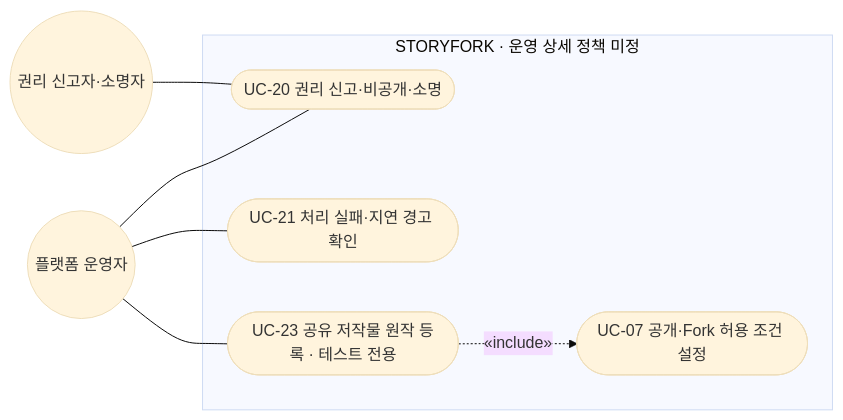
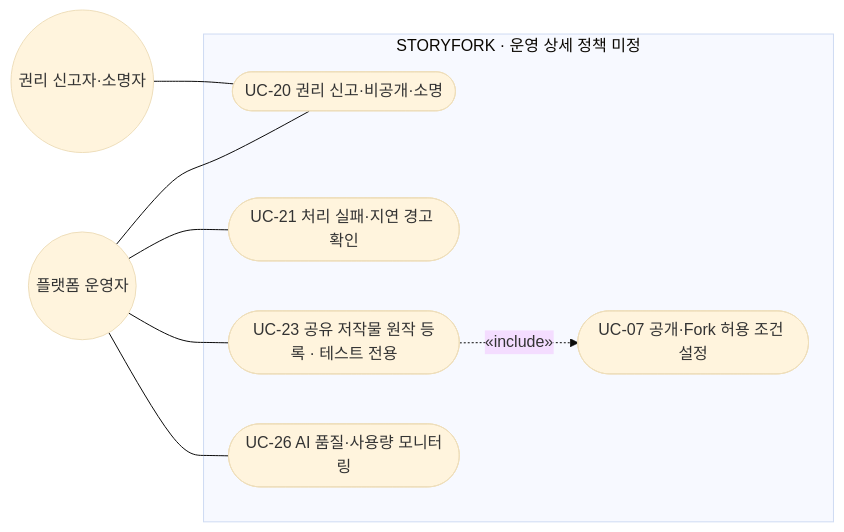
The fifth of 9 diagrams in docs/usecase.md (SKNETWORKS-FAMILY-AICAMP/SKN34-FINAL-4TEAM), drawn with Mermaid (base theme) before and after one commit. The commit also changed other lines of this file and 8 other files, not shown here.

````diff
--- a/docs/usecase.md
+++ b/docs/usecase.md
@@ -271,16 +273,18 @@
 ```mermaid
 flowchart LR
   O(("플랫폼 운영자"))
   H(("권리 신고자·소명자"))
   subgraph SYS["STORYFORK · 운영 상세 정책 미정"]
     U20(["UC-20 권리 신고·비공개·소명"])
     U21(["UC-21 처리 실패·지연 경고 확인"])
     U23(["UC-23 공유 저작물 원작 등록 · 테스트 전용"])
+    U26(["UC-26 AI 품질·사용량 모니터링"])
     U07(["UC-07 공개·Fork 허용 조건 설정"])
   end
   H --- U20
   O --- U20
   O --- U21
   O --- U23
+  O --- U26
   U23 -.->|"«include»"| U07
 ```
````
